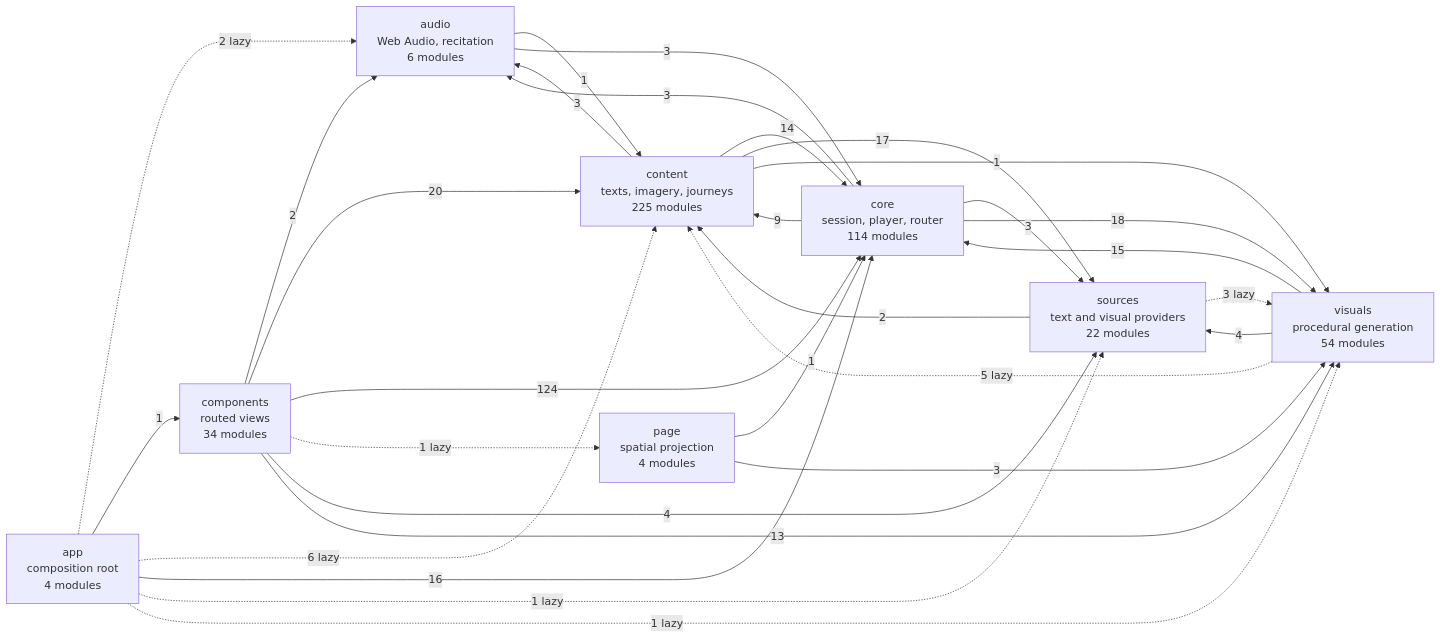
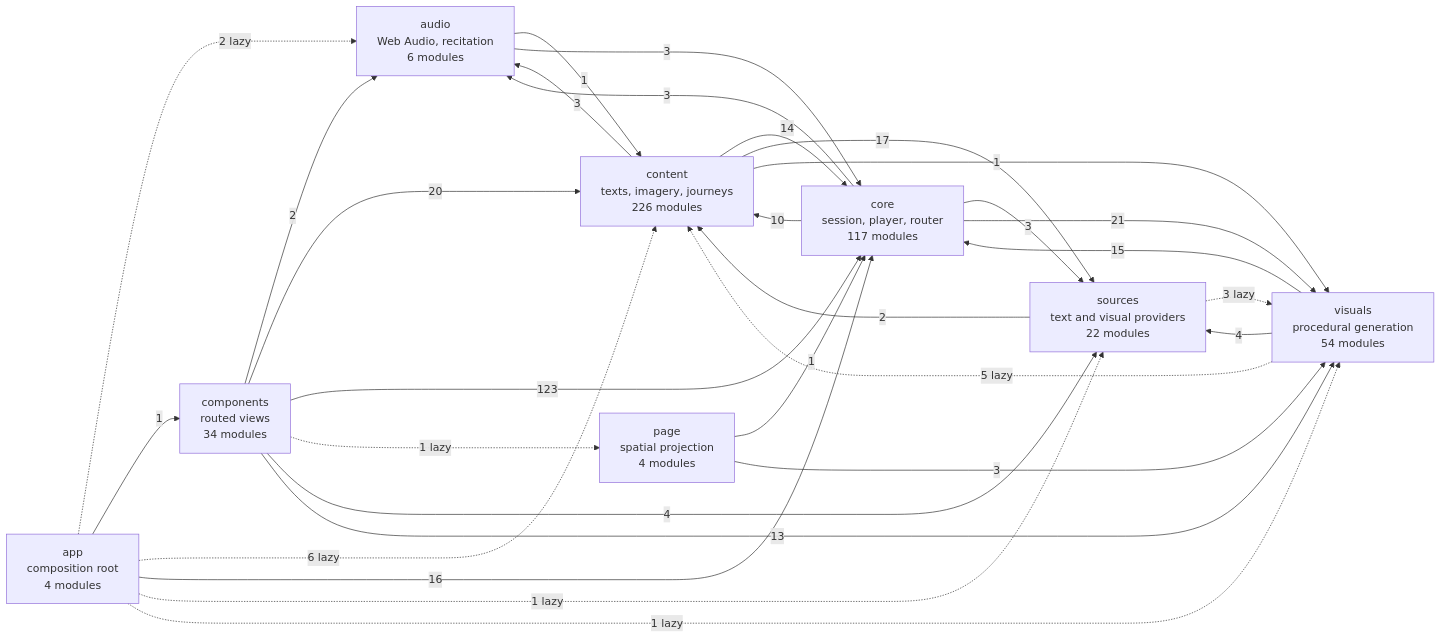
The diagram in docs/specs/ARCHITECTURE.md (SyberLabs/RISE), drawn with Mermaid before and after one commit. The commit also changed 36 other files, not shown here.

````diff
--- a/docs/specs/ARCHITECTURE.md
+++ b/docs/specs/ARCHITECTURE.md
@@ -149,41 +149,41 @@
 ```mermaid
 flowchart LR
     app["app<br/>composition root<br/>4 modules"]
     audio["audio<br/>Web Audio, recitation<br/>6 modules"]
     components["components<br/>routed views<br/>34 modules"]
-    content["content<br/>texts, imagery, journeys<br/>225 modules"]
-    core["core<br/>session, player, router<br/>114 modules"]
+    content["content<br/>texts, imagery, journeys<br/>226 modules"]
+    core["core<br/>session, player, router<br/>117 modules"]
     page["page<br/>spatial projection<br/>4 modules"]
     sources["sources<br/>text and visual providers<br/>22 modules"]
     visuals["visuals<br/>procedural generation<br/>54 modules"]
 
     app -.-> |2 lazy| audio
     app --> |1| components
     app -.-> |6 lazy| content
     app --> |16| core
     app -.-> |1 lazy| sources
     app -.-> |1 lazy| visuals
     audio --> |1| content
     audio --> |3| core
     components --> |2| audio
     components --> |20| content
-    components --> |124| core
+    components --> |123| core
     components -.-> |1 lazy| page
     components --> |4| sources
     components --> |13| visuals
     content --> |3| audio
     content --> |14| core
     content --> |17| sources
     content --> |1| visuals
     core --> |3| audio
-    core --> |9| content
+    core --> |10| content
     core --> |3| sources
-    core --> |18| visuals
+    core --> |21| visuals
     page --> |1| core
     page --> |3| visuals
     sources --> |2| content
     sources -.-> |3 lazy| visuals
     visuals -.-> |5 lazy| content
     visuals --> |15| core
     visuals --> |4| sources
 ```
````
